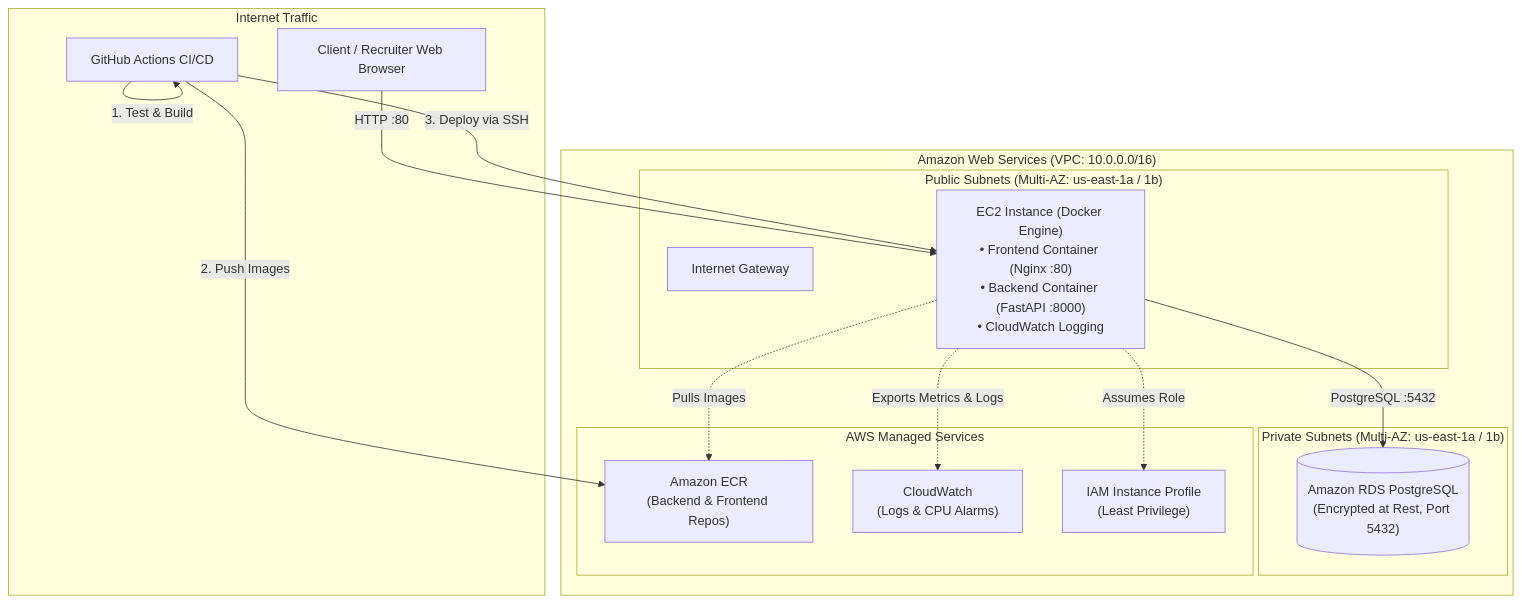
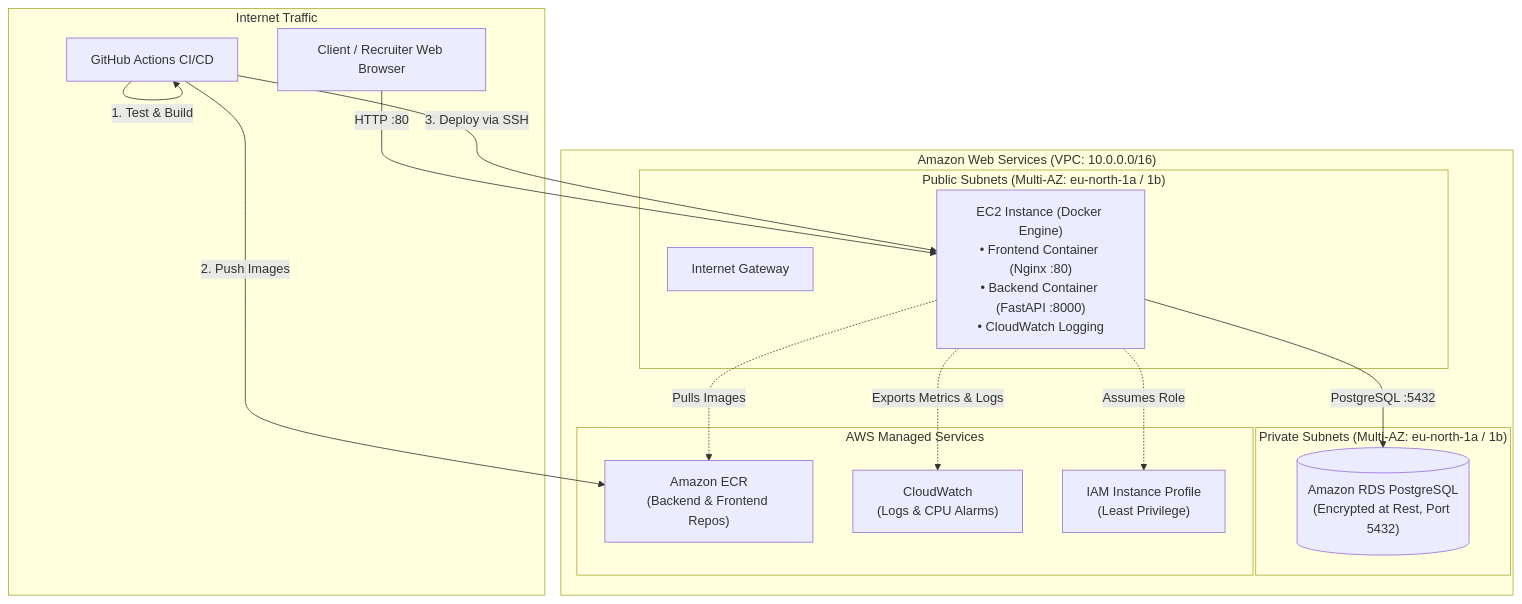
Before and after one commit to mohamed-abouseada121/assessment-pi: the first of 2 diagrams in README.md, drawn with Mermaid. The commit also changed other lines of this file and 8 other files, not shown here.

Commit message:
ci: deploy multi-tier stack to eu-north-1

````diff
--- a/README.md
+++ b/README.md
@@ -16,34 +16,34 @@
 ```mermaid
 flowchart TD
     subgraph Users ["Internet Traffic"]
         Client["Client / Recruiter Web Browser"]
         GH["GitHub Actions CI/CD"]
     end
 
     subgraph AWS ["Amazon Web Services (VPC: 10.0.0.0/16)"]
-        subgraph PublicSubnets ["Public Subnets (Multi-AZ: us-east-1a / 1b)"]
+        subgraph PublicSubnets ["Public Subnets (Multi-AZ: eu-north-1a / 1b)"]
             IGW["Internet Gateway"]
             EC2["EC2 Instance (Docker Engine)\n• Frontend Container (Nginx :80)\n• Backend Container (FastAPI :8000)\n• CloudWatch Logging"]
         end
 
-        subgraph PrivateSubnets ["Private Subnets (Multi-AZ: us-east-1a / 1b)"]
+        subgraph PrivateSubnets ["Private Subnets (Multi-AZ: eu-north-1a / 1b)"]
             RDS[("Amazon RDS PostgreSQL\n(Encrypted at Rest, Port 5432)")]
         end
 
         subgraph ManagedServices ["AWS Managed Services"]
             ECR["Amazon ECR\n(Backend & Frontend Repos)"]
             CW["CloudWatch\n(Logs & CPU Alarms)"]
             IAM["IAM Instance Profile\n(Least Privilege)"]
         end
     end
 
     Client -->|HTTP :80| EC2
     EC2 -->|PostgreSQL :5432| RDS
     EC2 -.->|Assumes Role| IAM
     EC2 -.->|Pulls Images| ECR
     EC2 -.->|Exports Metrics & Logs| CW
 
     GH -->|1. Test & Build| GH
     GH -->|2. Push Images| ECR
     GH -->|3. Deploy via SSH| EC2
 ```
````
